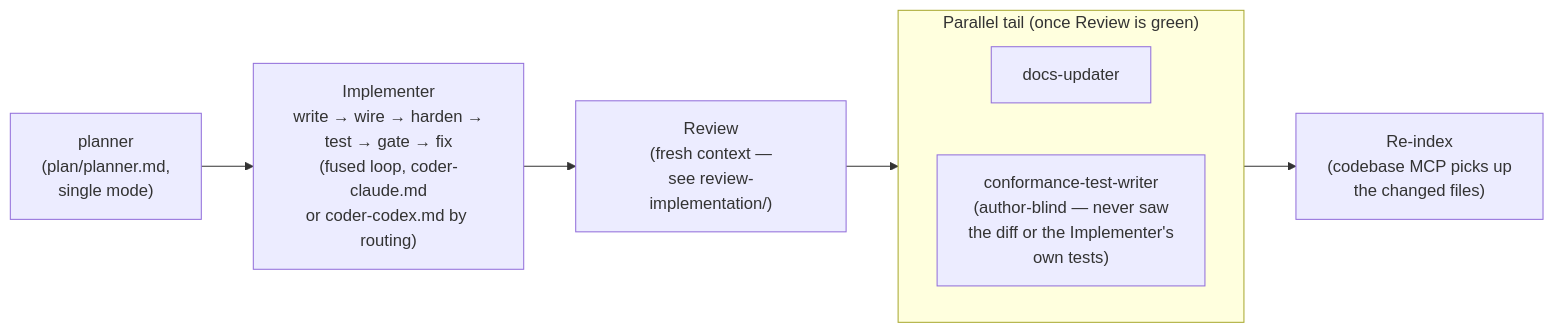
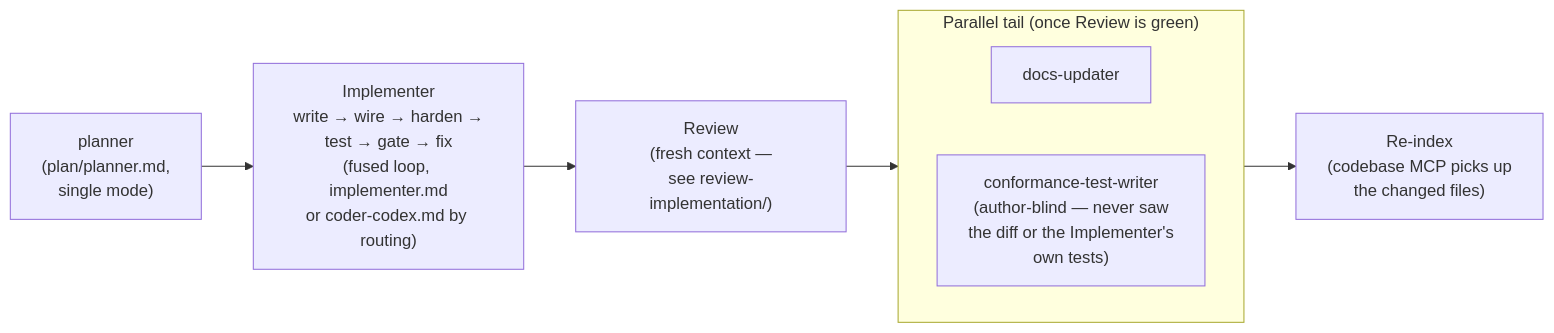
Before and after one commit to nodera-studio/agent-os: the diagram in agents/implementation/README.md, drawn with Mermaid. The commit also changed other lines of this file and 11 other files, not shown here.

First line of the commit message:
Merge coder-claude into implementer as impl-implementer

````diff
--- a/agents/implementation/README.md
+++ b/agents/implementation/README.md
@@ -8,14 +8,14 @@
 ```mermaid
 flowchart LR
-    P["planner<br/>(plan/planner.md,<br/>single mode)"] --> I["Implementer<br/>write → wire → harden →<br/>test → gate → fix<br/>(fused loop, coder-claude.md<br/>or coder-codex.md by routing)"]
+    P["planner<br/>(plan/planner.md,<br/>single mode)"] --> I["Implementer<br/>write → wire → harden →<br/>test → gate → fix<br/>(fused loop, implementer.md<br/>or coder-codex.md by routing)"]
     I --> RV["Review<br/>(fresh context —<br/>see review-implementation/)"]
     RV --> TAIL
 
     subgraph TAIL["Parallel tail (once Review is green)"]
         direction LR
         D["docs-updater"]
         C["conformance-test-writer<br/>(author-blind — never saw<br/>the diff or the Implementer's<br/>own tests)"]
     end
 
     TAIL --> RE["Re-index<br/>(codebase MCP picks up<br/>the changed files)"]
 ```
````
